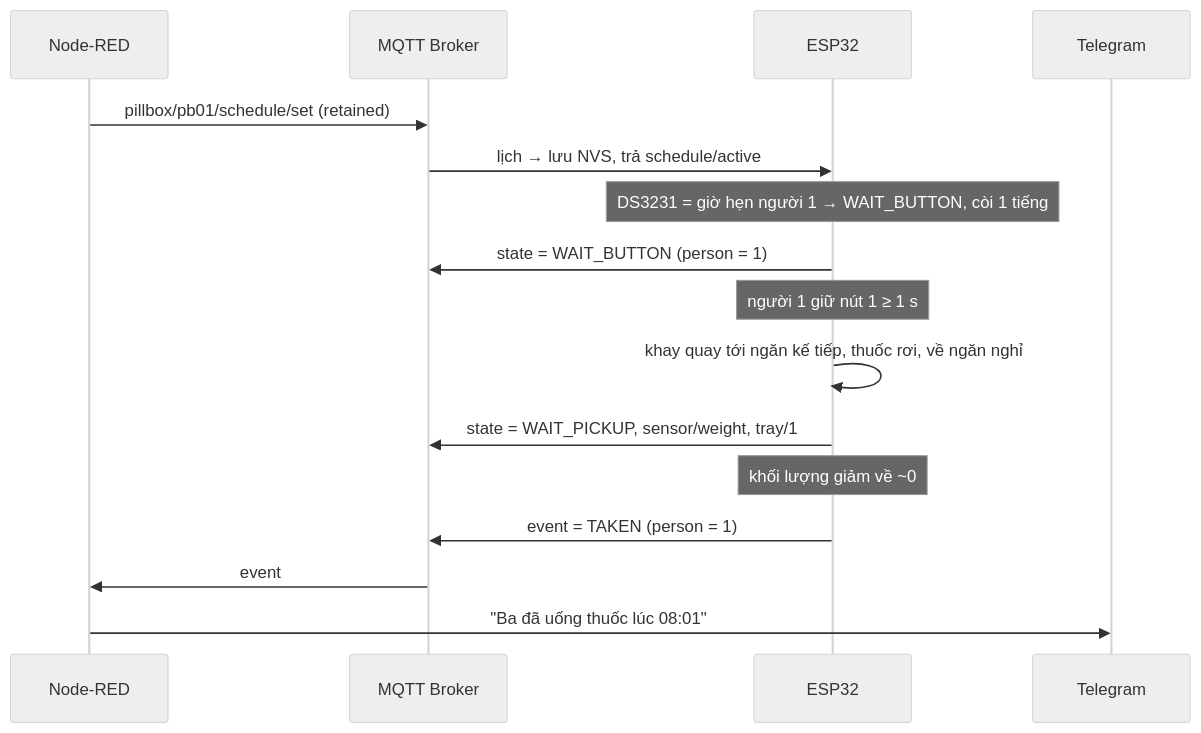
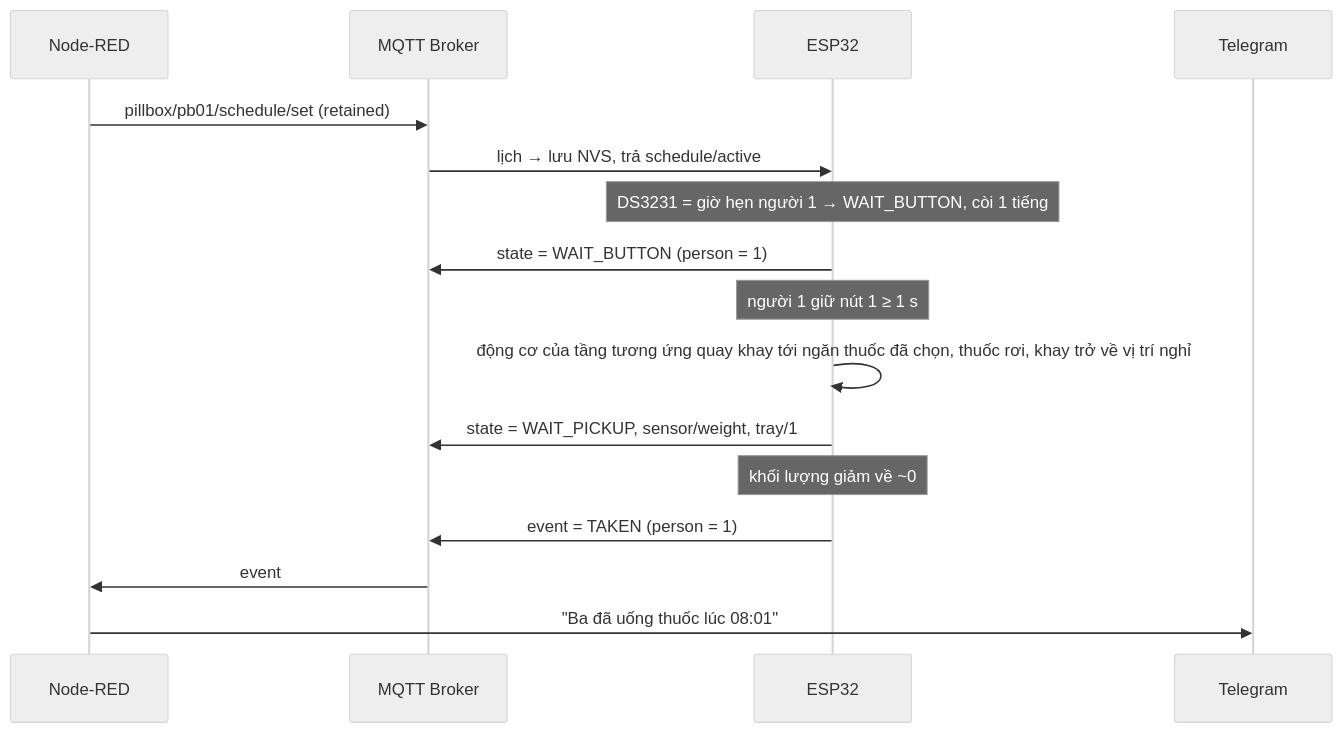
The third of 4 diagrams in README.md (23001579-cpu/iot_dev_app12), drawn with Mermaid (neutral theme) before and after one commit. The commit also changed other lines of this file, not shown here.

````diff
--- a/README.md
+++ b/README.md
@@ -217,19 +186,19 @@
 ```mermaid
 sequenceDiagram
     participant ND as Node-RED
     participant BR as MQTT Broker
     participant M as ESP32
     participant TG as Telegram
 
     ND->>BR: pillbox/pb01/schedule/set (retained)
     BR->>M: lịch → lưu NVS, trả schedule/active
     Note over M: DS3231 = giờ hẹn người 1 → WAIT_BUTTON, còi 1 tiếng
     M->>BR: state = WAIT_BUTTON (person = 1)
     Note over M: người 1 giữ nút 1 ≥ 1 s
-    M->>M: khay quay tới ngăn kế tiếp, thuốc rơi, về ngăn nghỉ
+    M->>M: động cơ của tầng tương ứng quay khay tới ngăn thuốc đã chọn, thuốc rơi, khay trở về vị trí nghỉ
     M->>BR: state = WAIT_PICKUP, sensor/weight, tray/1
     Note over M: khối lượng giảm về ~0
     M->>BR: event = TAKEN (person = 1)
     BR->>ND: event
     ND->>TG: "Ba đã uống thuốc lúc 08:01"
 ```
````
